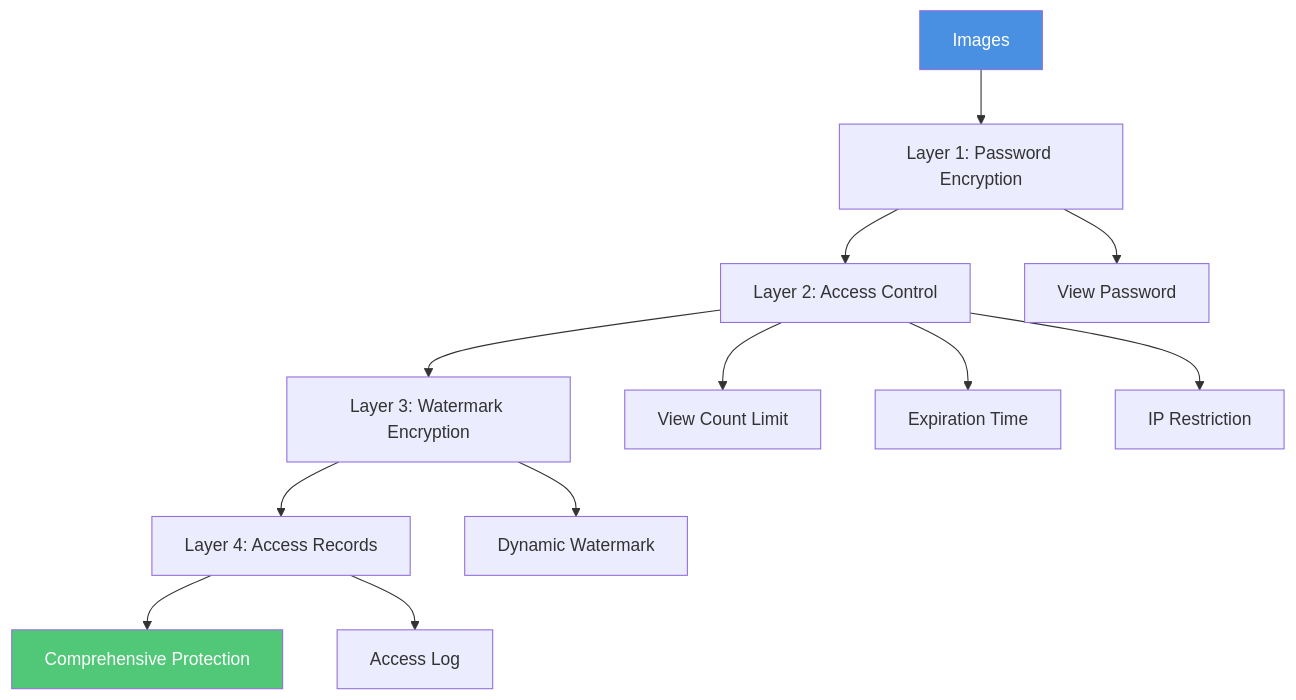
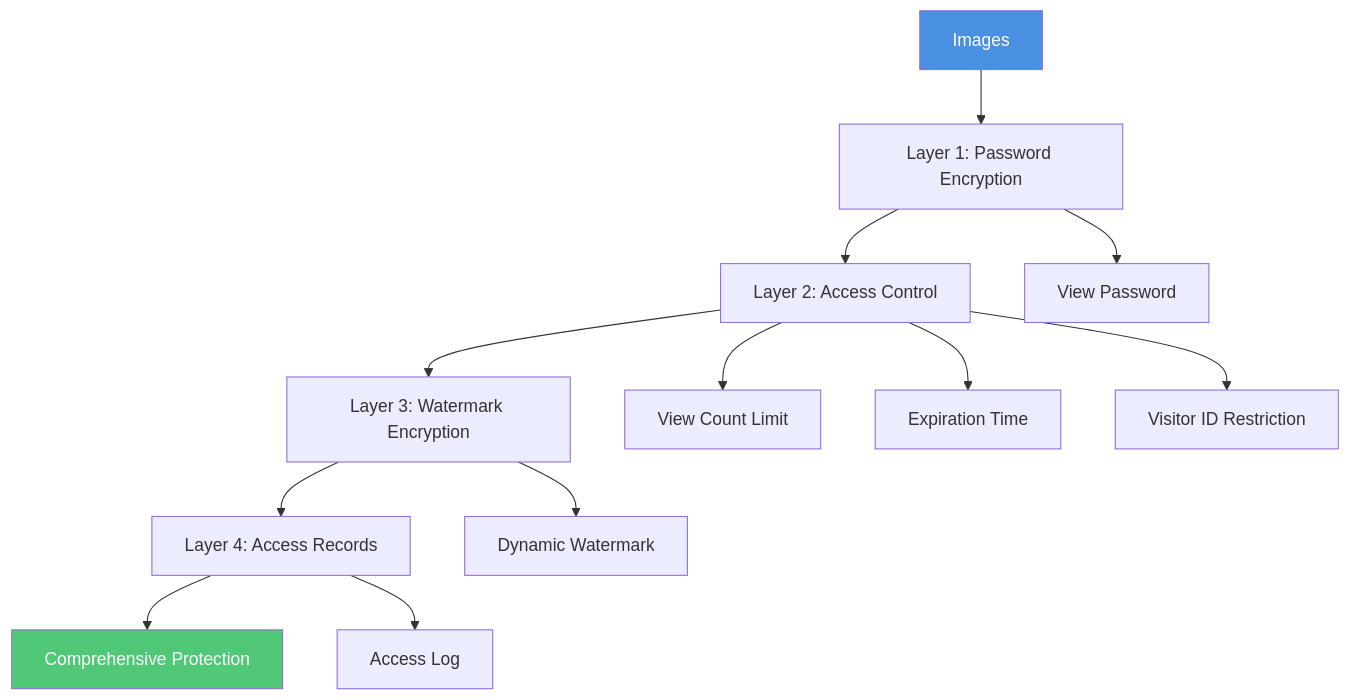
Before and after one commit to mythenigma/cloudflareAstro: the sixth of 6 diagrams in src/content/blog/en/maiimg-encryption-prevent-forwarding-complete-guide.md, drawn with Mermaid. The commit also changed other lines of this file and 353 other files, not shown here.

````diff
--- a/src/content/blog/en/maiimg-encryption-prevent-forwarding-complete-guide.md
+++ b/src/content/blog/en/maiimg-encryption-prevent-forwarding-complete-guide.md
@@ -270,18 +270,18 @@
 ```mermaid
 graph TD
     A[Images] --> B[Layer 1: Password Encryption]
     B --> C[Layer 2: Access Control]
     C --> D[Layer 3: Watermark Encryption]
     D --> E[Layer 4: Access Records]
     E --> F[Comprehensive Protection]
     
     B --> B1[View Password]
     C --> C1[View Count Limit]
     C --> C2[Expiration Time]
-    C --> C3[IP Restriction]
+    C --> C3[Visitor ID Restriction]
     D --> D1[Dynamic Watermark]
     E --> E1[Access Log]
     
     style A fill:#4A90E2,color:#fff
     style F fill:#50C878,color:#fff
 ```
````
